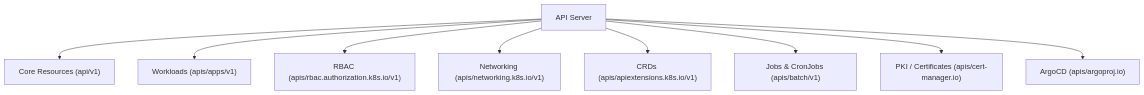
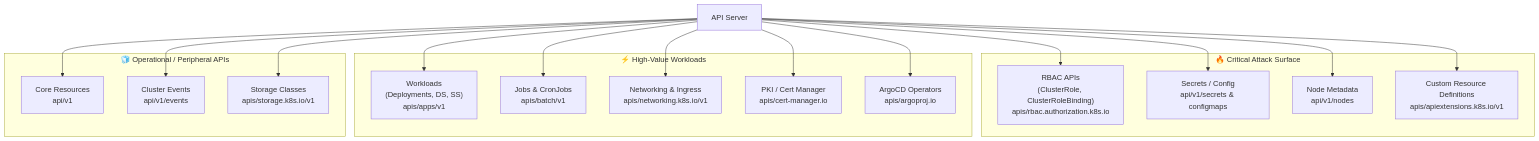
The diagram in k3/redteam/10_discovery.md (babywyrm/sysadmin), drawn with Mermaid before and after one commit.

````diff
--- a/k3/redteam/10_discovery.md
+++ b/k3/redteam/10_discovery.md
@@ -359,11 +359,42 @@
 ```mermaid
 flowchart TD
-  A["API Server"] --> B["Core Resources (api/v1)"]
-  A --> C["Workloads (apis/apps/v1)"]
-  A --> D["RBAC (apis/rbac.authorization.k8s.io/v1)"]
-  A --> E["Networking (apis/networking.k8s.io/v1)"]
-  A --> F["CRDs (apis/apiextensions.k8s.io/v1)"]
-  A --> G["Jobs & CronJobs (apis/batch/v1)"]
-  A --> H["PKI / Certificates (apis/cert-manager.io)"]
-  A --> I["ArgoCD (apis/argoproj.io)"]
+
+  %% Critical Attack Zone
+  subgraph Z1["🔥 Critical Attack Surface"]
+    RBAC["RBAC APIs<br/>(ClusterRole, ClusterRoleBinding)<br/>apis/rbac.authorization.k8s.io"]
+    SECRETS["Secrets / Config<br/>api/v1/secrets & configmaps"]
+    NODES["Node Metadata<br/>api/v1/nodes"]
+    CRDS["Custom Resource Definitions<br/>apis/apiextensions.k8s.io/v1"]
+  end
+
+  %% High Value Zone
+  subgraph Z2["⚡ High-Value Workloads"]
+    WORKLOADS["Workloads<br/>(Deployments, DS, SS)<br/>apis/apps/v1"]
+    JOBS["Jobs & CronJobs<br/>apis/batch/v1"]
+    NETWORKING["Networking & Ingress<br/>apis/networking.k8s.io/v1"]
+    PKI["PKI / Cert Manager<br/>apis/cert-manager.io"]
+    ARGO["ArgoCD Operators<br/>apis/argoproj.io"]
+  end
+
+  %% Lower Value / Peripheral
+  subgraph Z3["🧊 Operational / Peripheral APIs"]
+    CORE["Core Resources<br/>api/v1"]
+    EVENTS["Cluster Events<br/>api/v1/events"]
+    STORAGE["Storage Classes<br/>apis/storage.k8s.io/v1"]
+  end
+
+  API["API Server"]
+
+  API --> CORE
+  API --> WORKLOADS
+  API --> RBAC
+  API --> NETWORKING
+  API --> SECRETS
+  API --> CRDS
+  API --> NODES
+  API --> JOBS
+  API --> PKI
+  API --> ARGO
+  API --> EVENTS
+  API --> STORAGE
 ```
````
